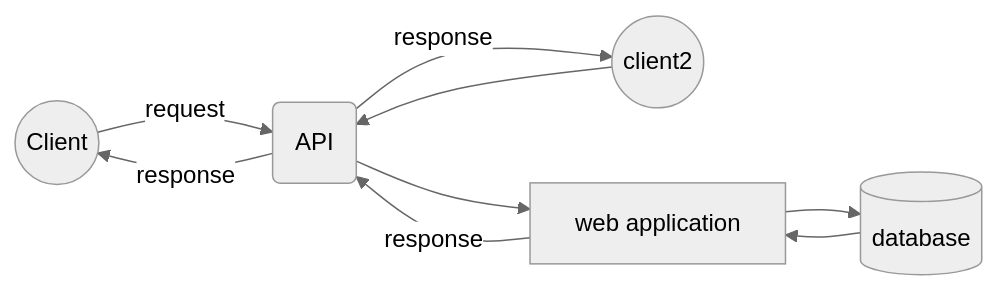
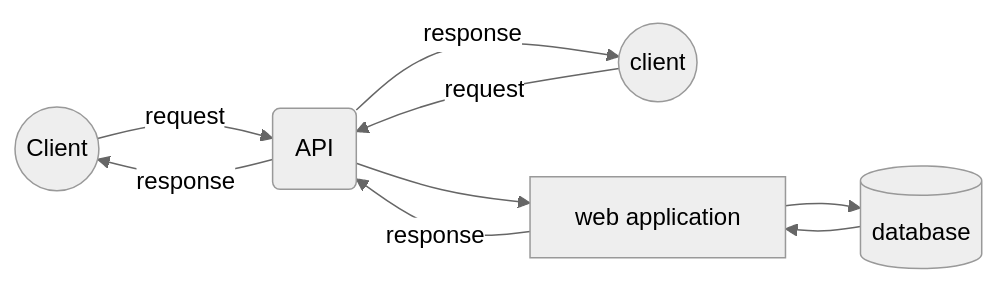
The second of 3 diagrams in readme.md (kushalsubedi/RESTframework), drawn with Mermaid (neutral theme) before and after one commit. The commit also changed other lines of this file, not shown here.

Commit message:
home view and md

````diff
--- a/readme.md
+++ b/readme.md
@@ -28,13 +28,11 @@
 ```mermaid 
 graph LR
-
 A((Client))--request--> B(API)
-X((client2))-->B
+X((client))--request-->B(API)
 B-->C[web application]
 C-->D[(database)]
 D --> C
 C -- response --> B
 B -- response --> A
 B -- response --> X
-
 ```
````
